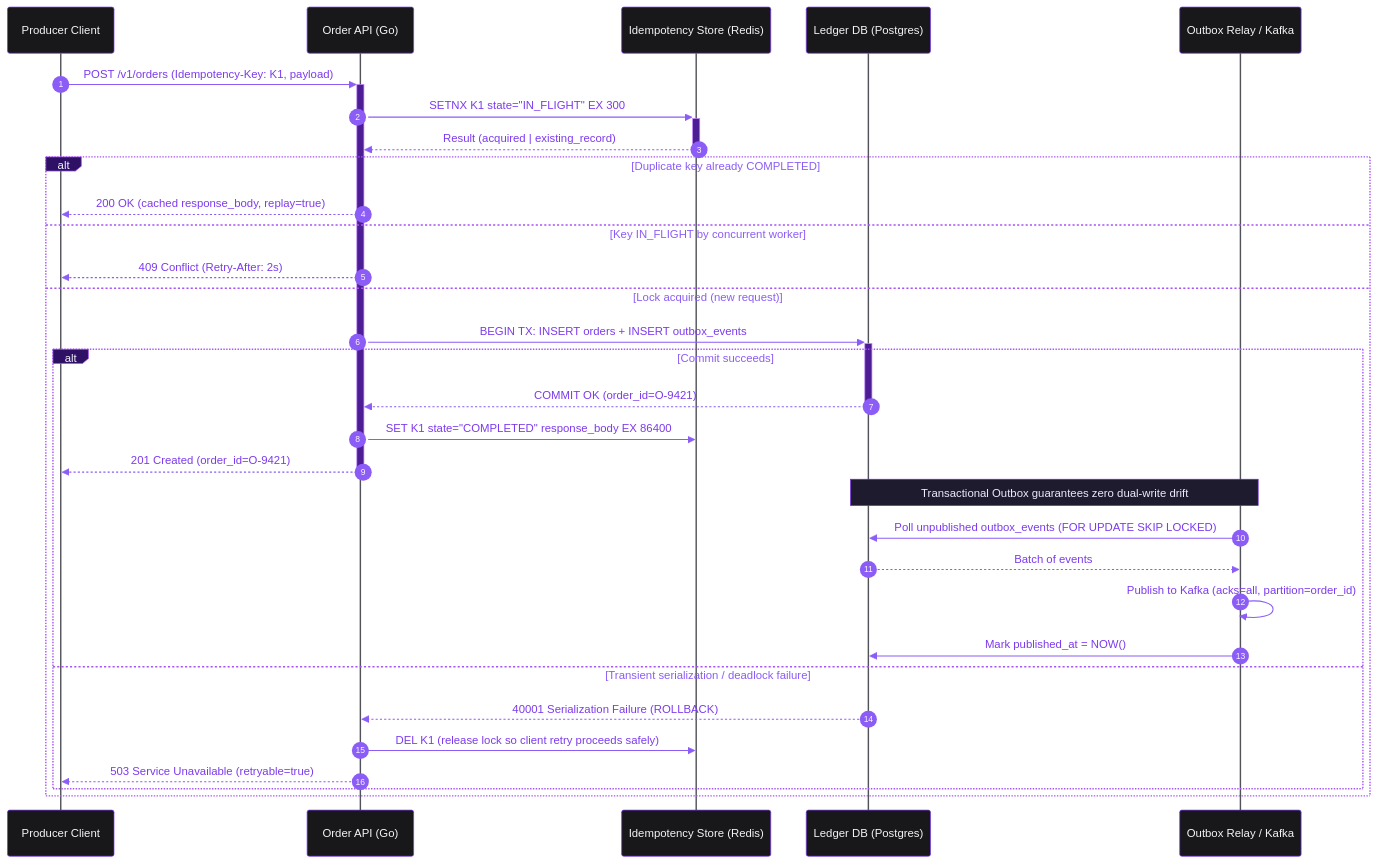
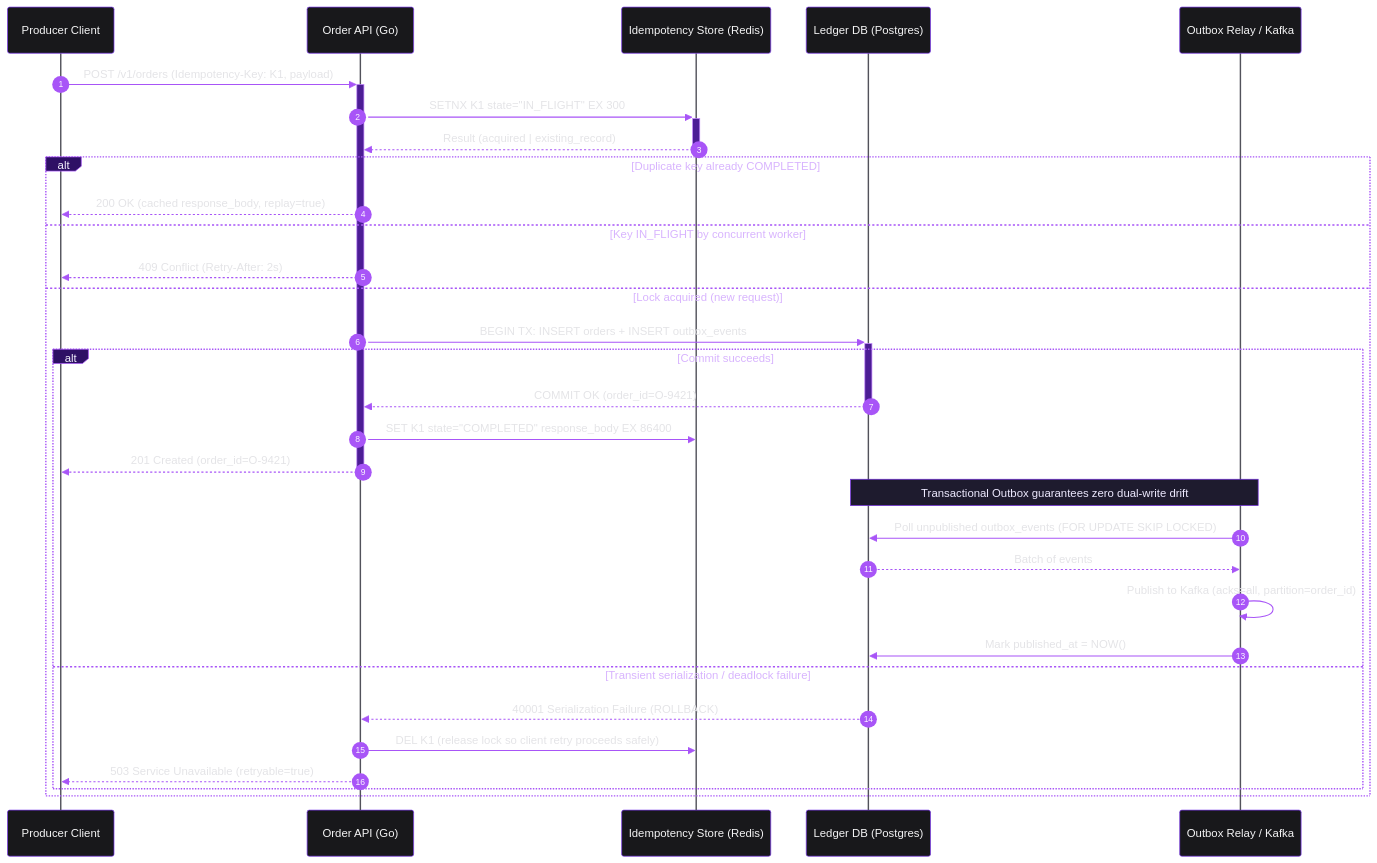
The second of 5 diagrams in skills/mermaid-diagrams/references/staff_exemplars.md (x-ruiz/playground-ai-engineering), drawn with Mermaid before and after one commit. The commit also changed other lines of this file and 4 other files, not shown here.

Commit message:
fix(skills): enforce obsidian dark mode canvas and darkMode themeVariables

````diff
--- a/skills/mermaid-diagrams/references/staff_exemplars.md
+++ b/skills/mermaid-diagrams/references/staff_exemplars.md
@@ -86,36 +86,36 @@
 ```mermaid
-%%{init: {"theme": "base", "themeVariables": {"background": "#09090B", "primaryColor": "#18181B", "primaryTextColor": "#F4F4F5", "primaryBorderColor": "#7C3AED", "lineColor": "#8B5CF6", "actorBkg": "#18181B", "actorBorder": "#7C3AED", "actorTextColor": "#F4F4F5", "actorLineColor": "#52525B", "signalColor": "#8B5CF6", "signalTextColor": "#7C3AED", "labelBoxBkgColor": "#2E1065", "labelBoxBorderColor": "#A855F7", "labelTextColor": "#F5F3FF", "loopTextColor": "#8B5CF6", "noteBkgColor": "#1E1B2E", "noteBorderColor": "#6D28D9", "noteTextColor": "#EDE9FE", "activationBkgColor": "#4C1D95", "activationBorderColor": "#C084FC", "sequenceNumberColor": "#FAF5FF", "fontFamily": "Inter, ui-sans-serif, system-ui, -apple-system, sans-serif", "fontSize": "13px"}}}%%
+%%{init: {"theme": "base", "themeCSS": "svg { background-color: #09090B !important; border-radius: 8px; }", "themeVariables": {"darkMode": true, "background": "#09090B", "mainBkg": "#18181B", "textColor": "#F4F4F5", "primaryColor": "#18181B", "primaryTextColor": "#F4F4F5", "primaryBorderColor": "#7C3AED", "lineColor": "#A855F7", "actorBkg": "#18181B", "actorBorder": "#7C3AED", "actorTextColor": "#F4F4F5", "actorLineColor": "#52525B", "signalColor": "#A855F7", "signalTextColor": "#E4E4E7", "labelBoxBkgColor": "#2E1065", "labelBoxBorderColor": "#A855F7", "labelTextColor": "#F5F3FF", "loopTextColor": "#D8B4FE", "noteBkgColor": "#1E1B2E", "noteBorderColor": "#6D28D9", "noteTextColor": "#EDE9FE", "activationBkgColor": "#4C1D95", "activationBorderColor": "#C084FC", "sequenceNumberColor": "#FAF5FF", "fontFamily": "Inter, ui-sans-serif, system-ui, -apple-system, sans-serif", "fontSize": "13px"}}}%%
 sequenceDiagram
     autonumber
     participant Client as Producer Client
     participant API as Order API (Go)
     participant Idem as Idempotency Store (Redis)
     participant DB as Ledger DB (Postgres)
     participant Bus as Outbox Relay / Kafka
 
     Client->>+API: POST /v1/orders (Idempotency-Key: K1, payload)
     API->>+Idem: SETNX K1 state="IN_FLIGHT" EX 300
     Idem-->>-API: Result (acquired | existing_record)
 
     alt Duplicate key already COMPLETED
         API-->>Client: 200 OK (cached response_body, replay=true)
     else Key IN_FLIGHT by concurrent worker
         API-->>Client: 409 Conflict (Retry-After: 2s)
     else Lock acquired (new request)
         API->>+DB: BEGIN TX: INSERT orders + INSERT outbox_events
         alt Commit succeeds
             DB-->>-API: COMMIT OK (order_id=O-9421)
             API->>Idem: SET K1 state="COMPLETED" response_body EX 86400
             API-->>-Client: 201 Created (order_id=O-9421)
             Note over DB,Bus: Transactional Outbox guarantees zero dual-write drift
             Bus->>DB: Poll unpublished outbox_events (FOR UPDATE SKIP LOCKED)
             DB-->>Bus: Batch of events
             Bus->>Bus: Publish to Kafka (acks=all, partition=order_id)
             Bus->>DB: Mark published_at = NOW()
         else Transient serialization / deadlock failure
             DB-->>API: 40001 Serialization Failure (ROLLBACK)
             API->>Idem: DEL K1 (release lock so client retry proceeds safely)
             API-->>Client: 503 Service Unavailable (retryable=true)
         end
     end
 ```
````
